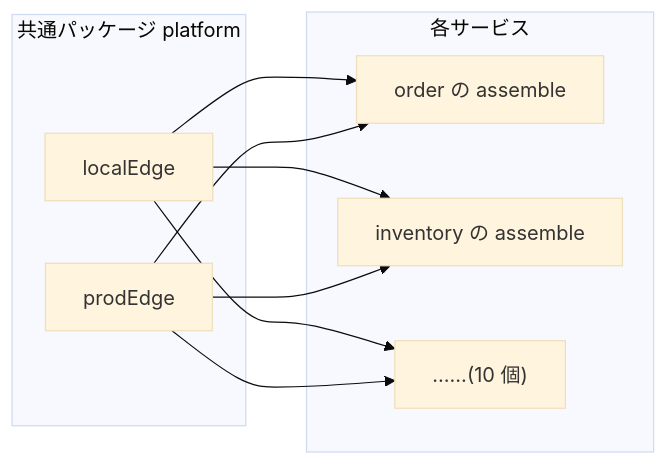
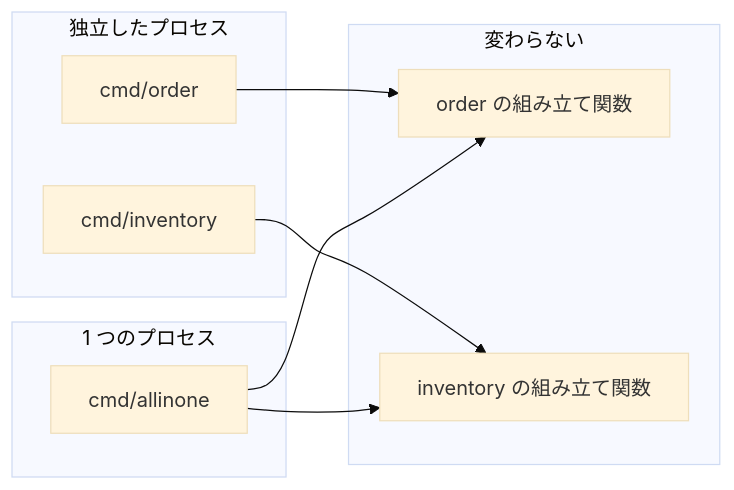
Before and after one commit to rikukaInoue/rikukadev: the second of 4 diagrams in src/content/blog/go-di-library-when.mdx, drawn with Mermaid (base theme). The commit also changed other lines of this file, not shown here.

````diff
--- a/src/content/blog/go-di-library-when.mdx
+++ b/src/content/blog/go-di-library-when.mdx
@@ -357,18 +285,15 @@
 ```mermaid
 graph LR
-    subgraph platform["共通パッケージ platform"]
-        LE["localEdge"]
-        PE["prodEdge"]
+    subgraph shared["変わらない"]
+        OA["order の組み立て関数"]
+        IA["inventory の組み立て関数"]
     end
-    subgraph services["各サービス"]
-        S1["order の assemble"]
-        S2["inventory の assemble"]
-        S3["……(10 個)"]
+    subgraph p1["独立したプロセス"]
+        M1["cmd/order"] --> OA
+        M2["cmd/inventory"] --> IA
     end
-    LE --> S1
-    LE --> S2
-    LE --> S3
-    PE --> S1
-    PE --> S2
-    PE --> S3
+    subgraph p2["1 つのプロセス"]
+        M3["cmd/allinone"] --> OA
+        M3 --> IA
+    end
 ```
````
